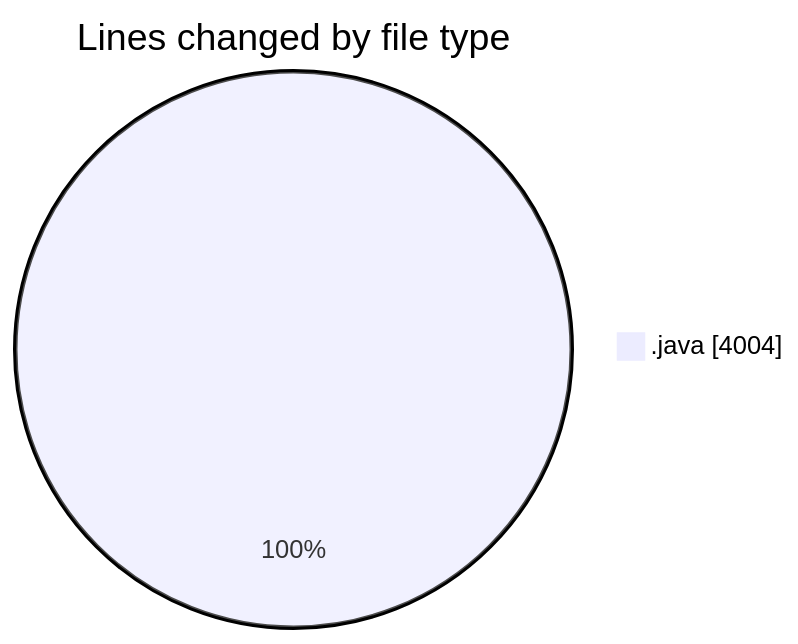
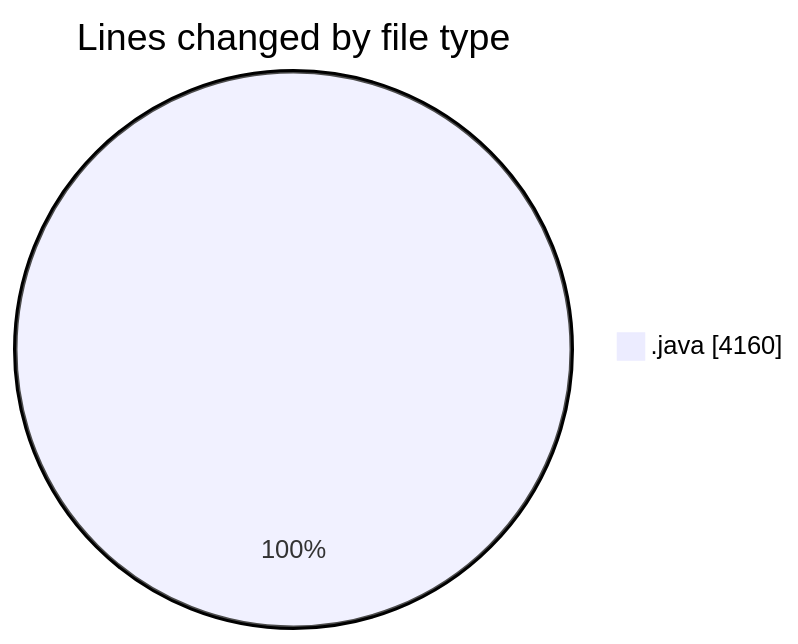
One commit to ricardozamudiocil/code-tracking changed the first of 2 diagrams in 2026-09-01/cilapp/README.md. Above: the diagram before and after it, drawn with Mermaid. The commit also changed other lines of this file and 1 other file, not shown here.

````diff
--- a/2026-09-01/cilapp/README.md
+++ b/2026-09-01/cilapp/README.md
@@ -23,5 +23,5 @@
 ```mermaid
 pie showData
 title Lines changed by file type
-".java" : 4004
+".java" : 4160
 ```
````
